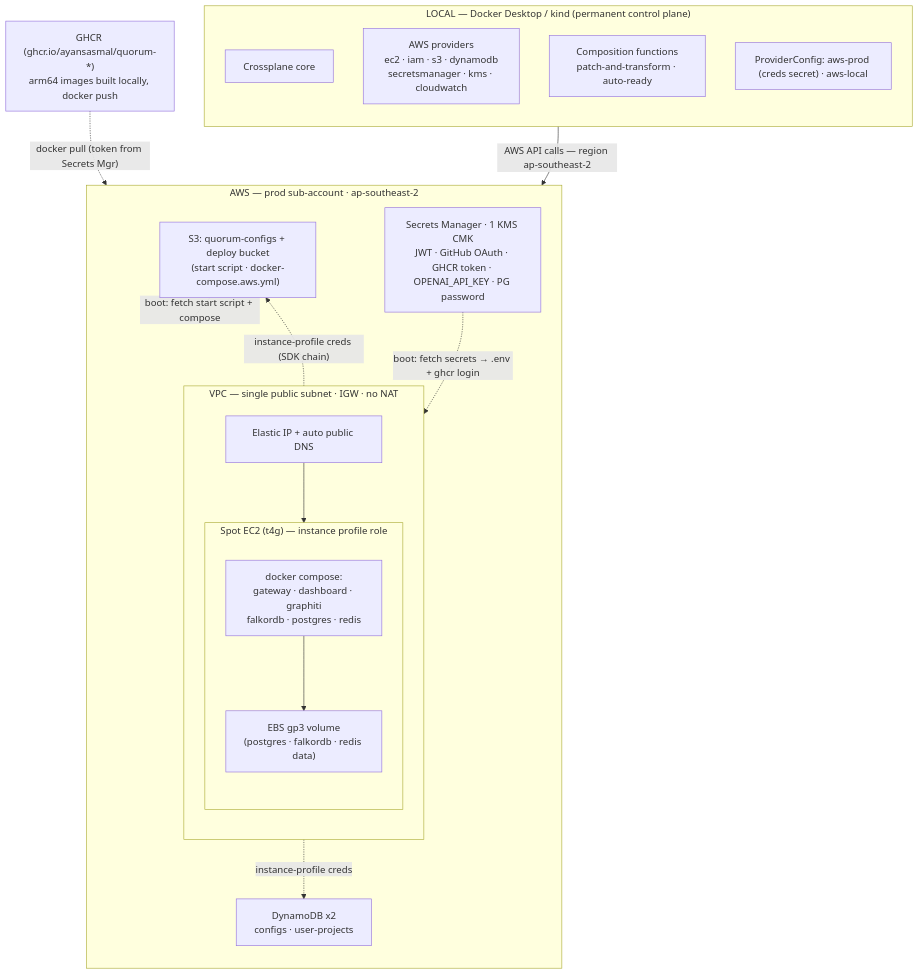
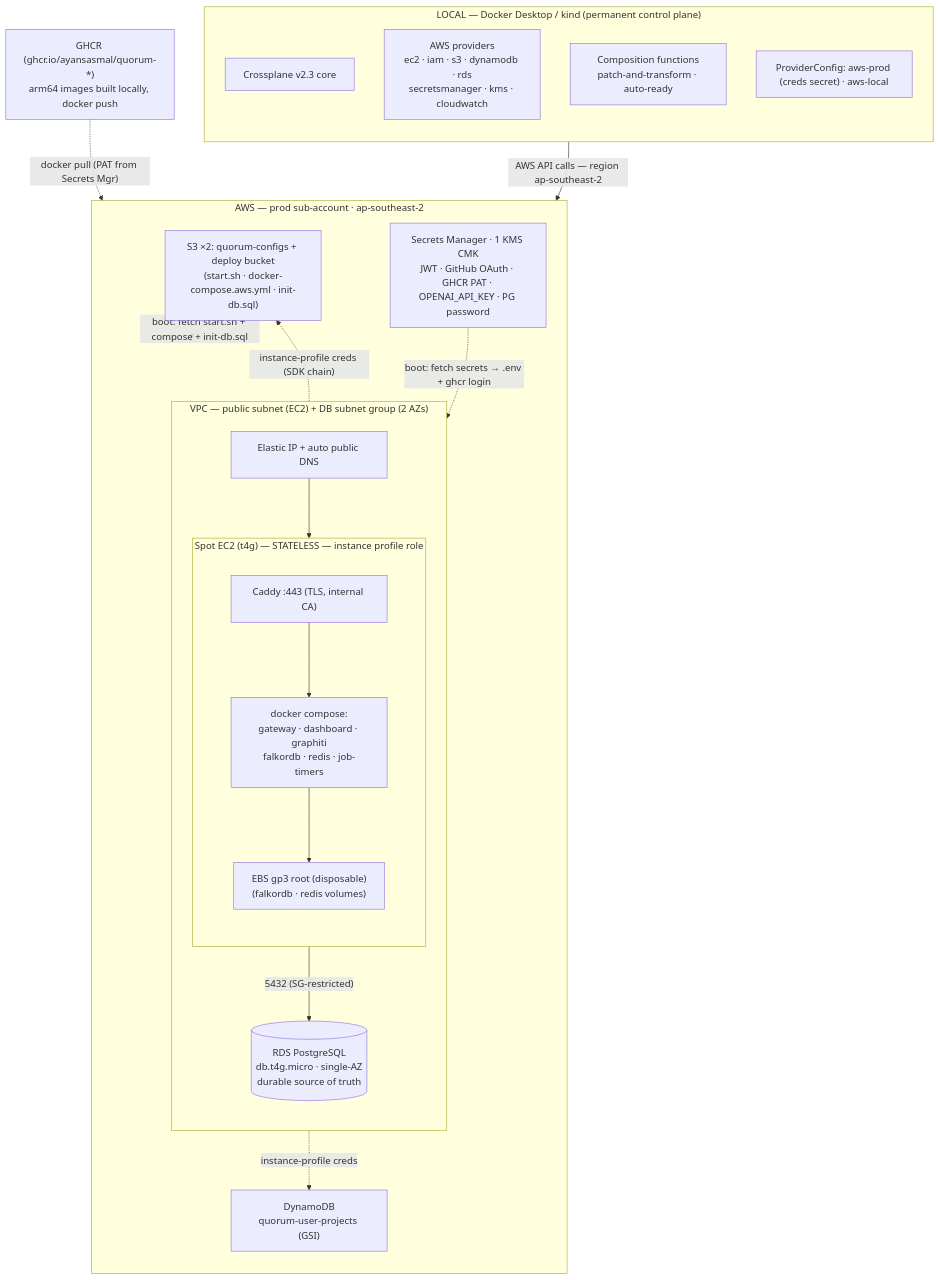
The first of 3 diagrams in docs/superpowers/specs/2026-06-11-quorum-aws-crossplane-deployment-design.md (ayansasmal/quorum), drawn with Mermaid before and after one commit. The commit also changed other lines of this file, not shown here.

First line of the commit message:
docs(deploy): revise crossplane spec for v2.3, rds, and tls

````diff
--- a/docs/superpowers/specs/2026-06-11-quorum-aws-crossplane-deployment-design.md
+++ b/docs/superpowers/specs/2026-06-11-quorum-aws-crossplane-deployment-design.md
@@ -77,38 +97,42 @@
 ```mermaid
 flowchart TB
     subgraph LOCAL["LOCAL — Docker Desktop / kind (permanent control plane)"]
         direction TB
-        XP["Crossplane core"]
-        PROV["AWS providers<br/>ec2 · iam · s3 · dynamodb<br/>secretsmanager · kms · cloudwatch"]
+        XP["Crossplane v2.3 core"]
+        PROV["AWS providers<br/>ec2 · iam · s3 · dynamodb · rds<br/>secretsmanager · kms · cloudwatch"]
         FN["Composition functions<br/>patch-and-transform · auto-ready"]
         PC["ProviderConfig: aws-prod (creds secret) · aws-local"]
     end
 
     LOCAL -->|"AWS API calls — region ap-southeast-2"| AWS
 
     GHCR["GHCR (ghcr.io/ayansasmal/quorum-*)<br/>arm64 images built locally, docker push"]
 
     subgraph AWS["AWS — prod sub-account · ap-southeast-2"]
         direction TB
-        S3D["S3: quorum-configs + deploy bucket<br/>(start script · docker-compose.aws.yml)"]
-        DDB["DynamoDB x2<br/>configs · user-projects"]
-        SM["Secrets Manager · 1 KMS CMK<br/>JWT · GitHub OAuth · GHCR token · OPENAI_API_KEY · PG password"]
-        subgraph VPC["VPC — single public subnet · IGW · no NAT"]
+        S3D["S3 ×2: quorum-configs + deploy bucket<br/>(start.sh · docker-compose.aws.yml · init-db.sql)"]
+        DDB["DynamoDB<br/>quorum-user-projects (GSI)"]
+        SM["Secrets Manager · 1 KMS CMK<br/>JWT · GitHub OAuth · GHCR PAT · OPENAI_API_KEY · PG password"]
+        subgraph VPC["VPC — public subnet (EC2) + DB subnet group (2 AZs)"]
             direction TB
             EIP["Elastic IP + auto public DNS"]
-            subgraph EC2["Spot EC2 (t4g) — instance profile role"]
+            subgraph EC2["Spot EC2 (t4g) — STATELESS — instance profile role"]
                 direction TB
-                COMPOSE["docker compose:<br/>gateway · dashboard · graphiti<br/>falkordb · postgres · redis"]
-                EBS["EBS gp3 volume<br/>(postgres · falkordb · redis data)"]
+                CADDY["Caddy :443 (TLS, internal CA)"]
+                COMPOSE["docker compose:<br/>gateway · dashboard · graphiti<br/>falkordb · redis · job-timers"]
+                EBS["EBS gp3 root (disposable)<br/>(falkordb · redis volumes)"]
             end
+            RDS[("RDS PostgreSQL<br/>db.t4g.micro · single-AZ<br/>durable source of truth")]
         end
     end
 
-    EIP --> EC2
-    GHCR -.->|"docker pull (token from Secrets Mgr)"| COMPOSE
-    S3D -.->|"boot: fetch start script + compose"| EC2
+    EIP --> CADDY
+    CADDY --> COMPOSE
+    GHCR -.->|"docker pull (PAT from Secrets Mgr)"| COMPOSE
+    S3D -.->|"boot: fetch start.sh + compose + init-db.sql"| EC2
     SM -.->|"boot: fetch secrets → .env + ghcr login"| EC2
+    COMPOSE -->|"5432 (SG-restricted)"| RDS
     COMPOSE -.->|"instance-profile creds (SDK chain)"| S3D
     COMPOSE -.->|"instance-profile creds"| DDB
     COMPOSE --> EBS
 ```
````
